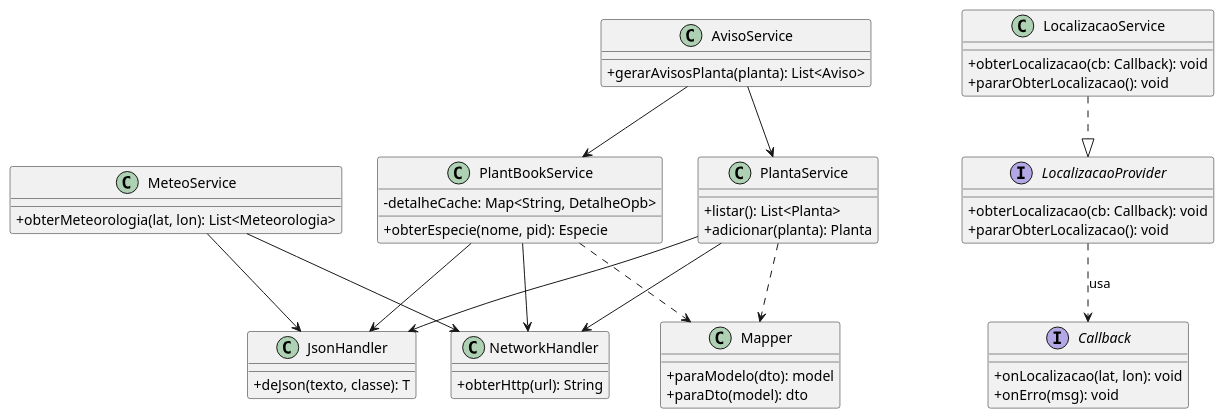
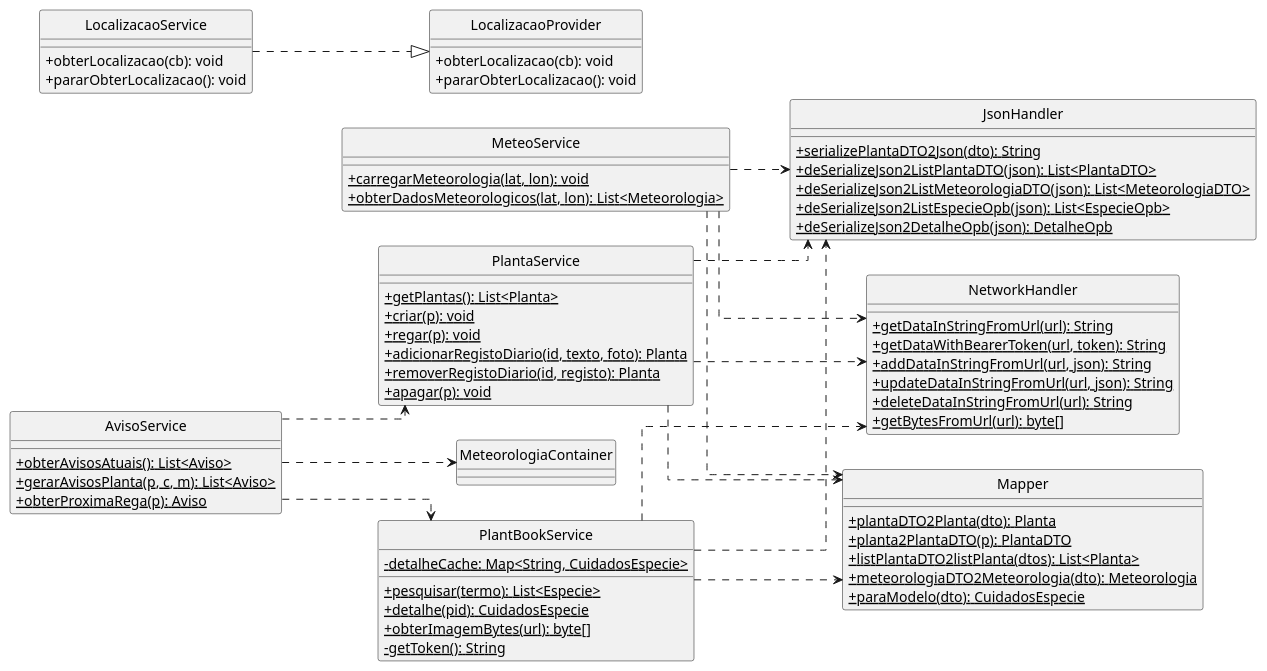
One commit to compaqle/DSSMV_ProjectDroid_1251486_1251506 changed the diagram in .docs/diagramas/design/services_handlers_class_diagram.puml. Above: the diagram before and after it, drawn with PlantUML. The commit also changed 25 other files, not shown here.

```diff
--- a/.docs/diagramas/design/services_handlers_class_diagram.puml
+++ b/.docs/diagramas/design/services_handlers_class_diagram.puml
@@ -1,63 +1,85 @@
 @startuml
+skinparam monochrome true
+skinparam shadowing false
 skinparam classAttributeIconSize 0
+hide circle
+skinparam linetype ortho
+left to right direction
 
 class PlantBookService {
-  + obterEspecie(nome, pid): Especie
-  - detalheCache: Map<String, DetalheOpb>
+  + {static} pesquisar(termo): List<Especie>
+  + {static} detalhe(pid): CuidadosEspecie
+  + {static} obterImagemBytes(url): byte[]
+  - {static} detalheCache: Map<String, CuidadosEspecie>
+  - {static} getToken(): String
 }
 
 class PlantaService {
-  + listar(): List<Planta>
-  + adicionar(planta): Planta
+  + {static} getPlantas(): List<Planta>
+  + {static} criar(p): void
+  + {static} regar(p): void
+  + {static} adicionarRegistoDiario(id, texto, foto): Planta
+  + {static} removerRegistoDiario(id, registo): Planta
+  + {static} apagar(p): void
 }
 
 class MeteoService {
-  + obterMeteorologia(lat, lon): List<Meteorologia>
+  + {static} carregarMeteorologia(lat, lon): void
+  + {static} obterDadosMeteorologicos(lat, lon): List<Meteorologia>
+}
+
+class AvisoService {
+  + {static} obterAvisosAtuais(): List<Aviso>
+  + {static} gerarAvisosPlanta(p, c, m): List<Aviso>
+  + {static} obterProximaRega(p): Aviso
+}
+
+class LocalizacaoProvider {
+  + obterLocalizacao(cb): void
+  + pararObterLocalizacao(): void
 }
 
 class LocalizacaoService {
-  + obterLocalizacao(cb: Callback): void
+  + obterLocalizacao(cb): void
   + pararObterLocalizacao(): void
 }
 
-interface LocalizacaoProvider {
-  + obterLocalizacao(cb: Callback): void
-  + pararObterLocalizacao(): void
-}
-
-interface Callback {
-  + onLocalizacao(lat, lon): void
-  + onErro(msg): void
-}
-
-LocalizacaoProvider ..> Callback : usa
-
-class AvisoService {
-  + gerarAvisosPlanta(planta): List<Aviso>
-}
-
 class JsonHandler {
-  + deJson(texto, classe): T
+  + {static} serializePlantaDTO2Json(dto): String
+  + {static} deSerializeJson2ListPlantaDTO(json): List<PlantaDTO>
+  + {static} deSerializeJson2ListMeteorologiaDTO(json): List<MeteorologiaDTO>
+  + {static} deSerializeJson2ListEspecieOpb(json): List<EspecieOpb>
+  + {static} deSerializeJson2DetalheOpb(json): DetalheOpb
 }
 
 class NetworkHandler {
-  + obterHttp(url): String
+  + {static} getDataInStringFromUrl(url): String
+  + {static} getDataWithBearerToken(url, token): String
+  + {static} addDataInStringFromUrl(url, json): String
+  + {static} updateDataInStringFromUrl(url, json): String
+  + {static} deleteDataInStringFromUrl(url): String
+  + {static} getBytesFromUrl(url): byte[]
 }
 
 class Mapper {
-  + paraModelo(dto): model
-  + paraDto(model): dto
+  + {static} plantaDTO2Planta(dto): Planta
+  + {static} planta2PlantaDTO(p): PlantaDTO
+  + {static} listPlantaDTO2listPlanta(dtos): List<Planta>
+  + {static} meteorologiaDTO2Meteorologia(dto): Meteorologia
+  + {static} paraModelo(dto): CuidadosEspecie
 }
 
-PlantBookService --> JsonHandler
-PlantBookService --> NetworkHandler
-MeteoService --> JsonHandler
-MeteoService --> NetworkHandler
-AvisoService --> PlantBookService
-AvisoService --> PlantaService
-PlantaService --> JsonHandler
-PlantaService --> NetworkHandler
+PlantBookService ..> JsonHandler
+PlantBookService ..> NetworkHandler
 PlantBookService ..> Mapper
+PlantaService ..> JsonHandler
+PlantaService ..> NetworkHandler
 PlantaService ..> Mapper
+MeteoService ..> JsonHandler
+MeteoService ..> NetworkHandler
+MeteoService ..> Mapper
+AvisoService ..> PlantBookService
+AvisoService ..> PlantaService
+AvisoService ..> MeteorologiaContainer
 LocalizacaoService ..|> LocalizacaoProvider
 @enduml
```
